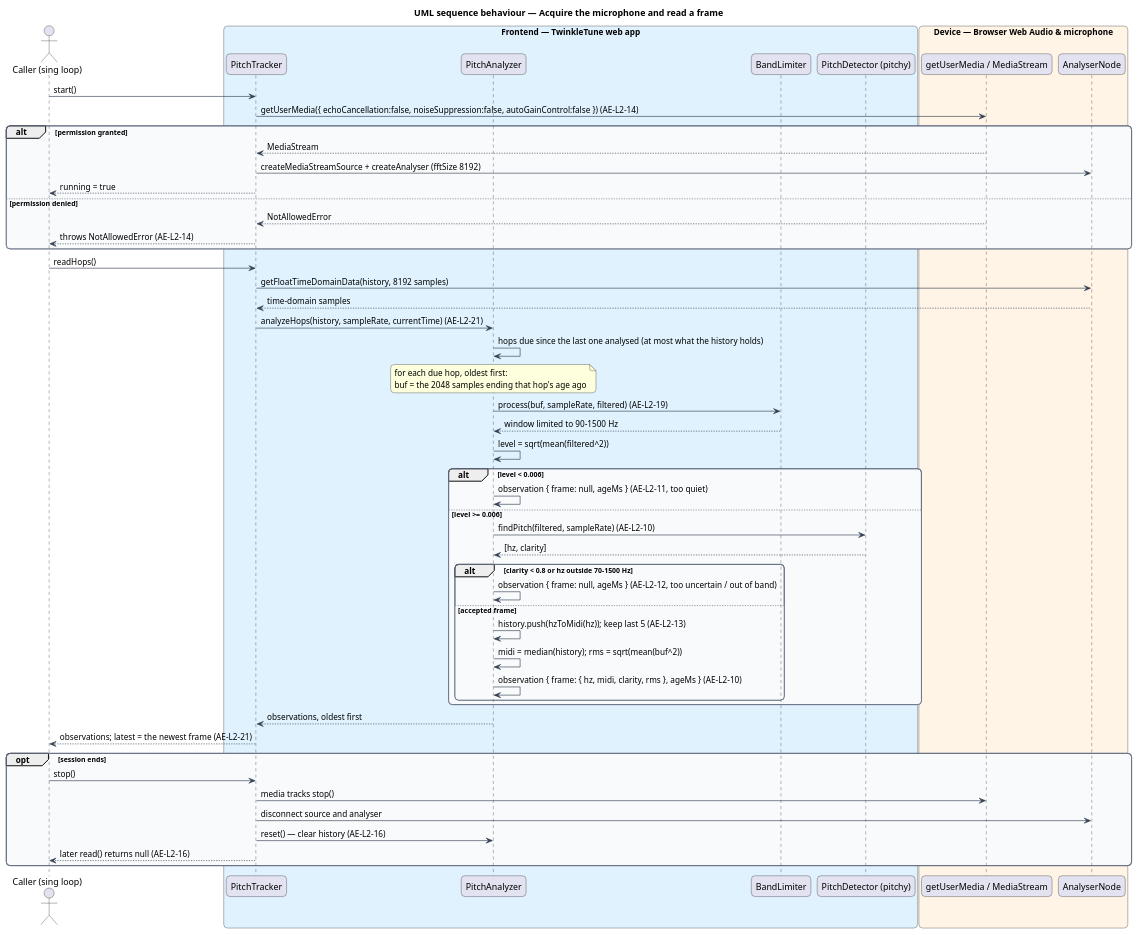
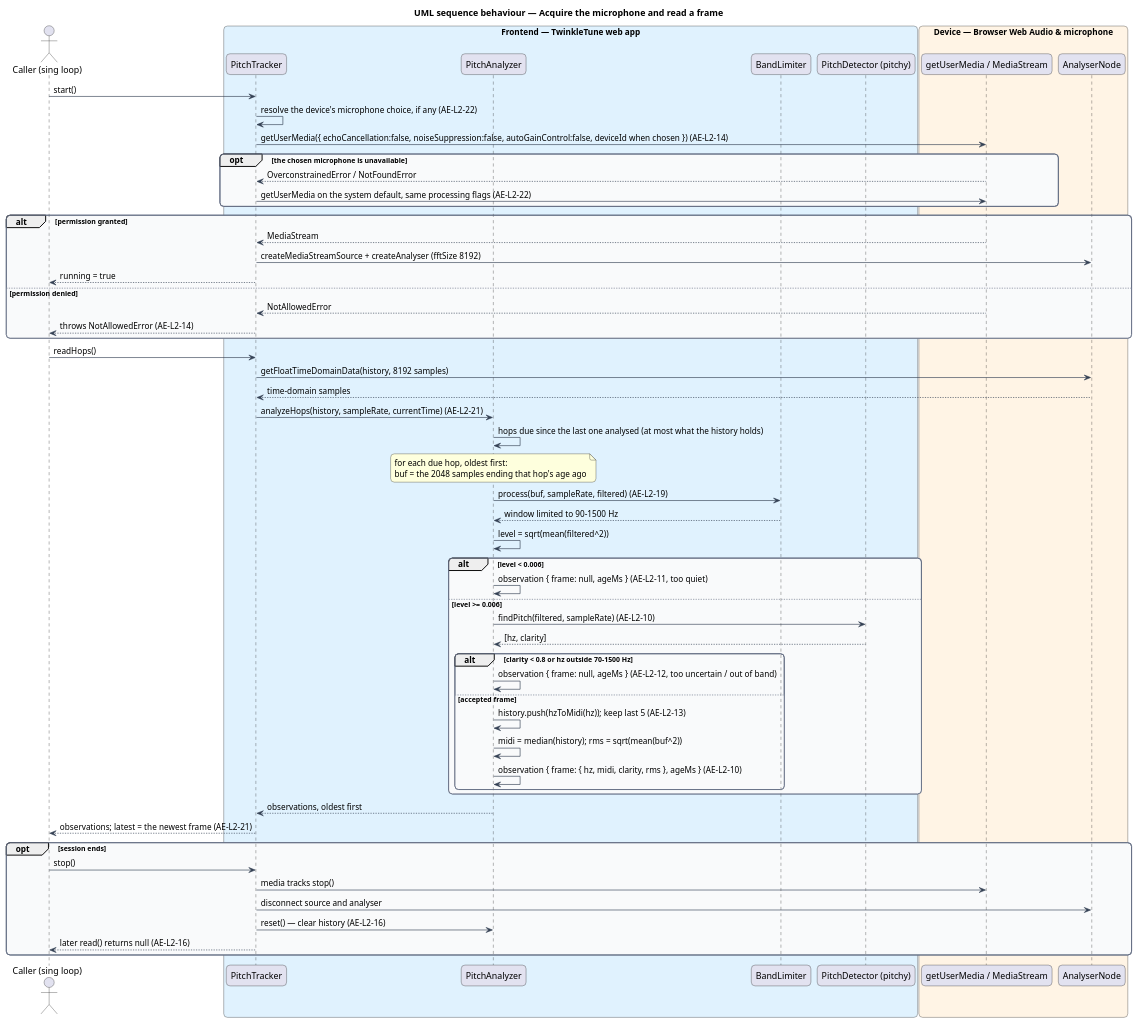
The diagram in docs/detailed-designs/audio-engine/detect-pitch/diagrams/sequence-acquire-mic-and-read-frame.puml (QuinntyneBrown/TwinkleTune), drawn with PlantUML before and after one commit. The commit also changed 35 other files, not shown here.

First line of the commit message:
Design the microphone choice and the headphone tip

```diff
--- a/docs/detailed-designs/audio-engine/detect-pitch/diagrams/sequence-acquire-mic-and-read-frame.puml
+++ b/docs/detailed-designs/audio-engine/detect-pitch/diagrams/sequence-acquire-mic-and-read-frame.puml
@@ -1,72 +1,77 @@
 @startuml
 title UML sequence behaviour — Acquire the microphone and read a frame
 skinparam backgroundColor #FFFFFF
 skinparam shadowing false
 skinparam roundcorner 12
 skinparam defaultFontName Arial
 skinparam ArrowColor #344054
 skinparam rectangle {
   BorderColor #344054
   FontColor #101828
 }
 skinparam package {
   BorderColor #667085
   FontColor #101828
   BackgroundColor #F9FAFB
 }
 actor "Caller (sing loop)" as caller
 box "Frontend — TwinkleTune web app" #E0F2FE
   participant "PitchTracker" as tracker
   participant "PitchAnalyzer" as analyzer
   participant "BandLimiter" as band
   participant "PitchDetector (pitchy)" as detector
 end box
 box "Device — Browser Web Audio & microphone" #FFF4E5
   participant "getUserMedia / MediaStream" as mic
   participant "AnalyserNode" as analyser
 end box
 
 caller -> tracker : start()
-tracker -> mic : getUserMedia({ echoCancellation:false, noiseSuppression:false, autoGainControl:false }) (AE-L2-14)
+tracker -> tracker : resolve the device's microphone choice, if any (AE-L2-22)
+tracker -> mic : getUserMedia({ echoCancellation:false, noiseSuppression:false, autoGainControl:false, deviceId when chosen }) (AE-L2-14)
+opt the chosen microphone is unavailable
+  mic --> tracker : OverconstrainedError / NotFoundError
+  tracker -> mic : getUserMedia on the system default, same processing flags (AE-L2-22)
+end
 alt permission granted
   mic --> tracker : MediaStream
   tracker -> analyser : createMediaStreamSource + createAnalyser (fftSize 8192)
   tracker --> caller : running = true
 else permission denied
   mic --> tracker : NotAllowedError
   tracker --> caller : throws NotAllowedError (AE-L2-14)
 end
 
 caller -> tracker : readHops()
 tracker -> analyser : getFloatTimeDomainData(history, 8192 samples)
 analyser --> tracker : time-domain samples
 tracker -> analyzer : analyzeHops(history, sampleRate, currentTime) (AE-L2-21)
 analyzer -> analyzer : hops due since the last one analysed (at most what the history holds)
 note over analyzer : for each due hop, oldest first:\nbuf = the 2048 samples ending that hop's age ago
 analyzer -> band : process(buf, sampleRate, filtered) (AE-L2-19)
 band --> analyzer : window limited to 90-1500 Hz
 analyzer -> analyzer : level = sqrt(mean(filtered^2))
 alt level < 0.006
   analyzer -> analyzer : observation { frame: null, ageMs } (AE-L2-11, too quiet)
 else level >= 0.006
   analyzer -> detector : findPitch(filtered, sampleRate) (AE-L2-10)
   detector --> analyzer : [hz, clarity]
   alt clarity < 0.8 or hz outside 70-1500 Hz
     analyzer -> analyzer : observation { frame: null, ageMs } (AE-L2-12, too uncertain / out of band)
   else accepted frame
     analyzer -> analyzer : history.push(hzToMidi(hz)); keep last 5 (AE-L2-13)
     analyzer -> analyzer : midi = median(history); rms = sqrt(mean(buf^2))
     analyzer -> analyzer : observation { frame: { hz, midi, clarity, rms }, ageMs } (AE-L2-10)
   end
 end
 analyzer --> tracker : observations, oldest first
 tracker --> caller : observations; latest = the newest frame (AE-L2-21)
 
 opt session ends
   caller -> tracker : stop()
   tracker -> mic : media tracks stop()
   tracker -> analyser : disconnect source and analyser
   tracker -> analyzer : reset() — clear history (AE-L2-16)
   tracker --> caller : later read() returns null (AE-L2-16)
 end
 @enduml
```
